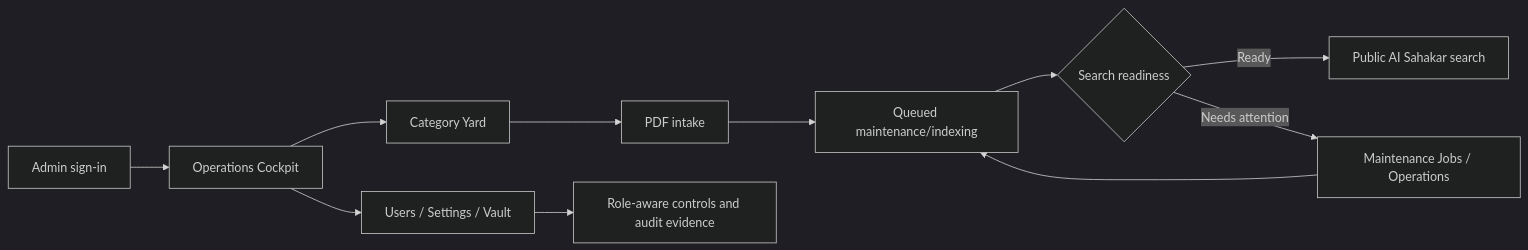
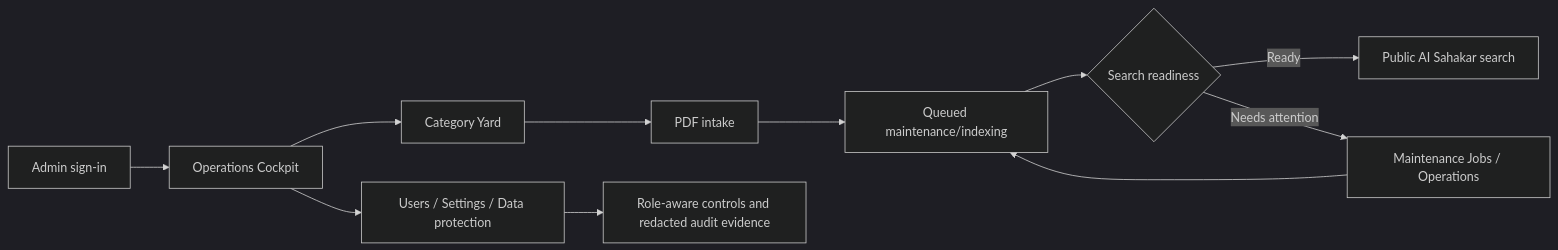
Before and after one commit to Nimble-esolutions/PdfSearch: the diagram in docs/diagrams/admin-operator-workflow.mmd, drawn with Mermaid (dark theme). The commit also changed 51 other files, not shown here.

Commit message:
docs: reconcile DataOps and VaultOps architecture truth

```diff
--- a/docs/diagrams/admin-operator-workflow.mmd
+++ b/docs/diagrams/admin-operator-workflow.mmd
@@ -1,11 +1,11 @@
 flowchart LR
     A[Admin sign-in] --> B[Operations Cockpit]
     B --> C[Category Yard]
     C --> D[PDF intake]
     D --> E[Queued maintenance/indexing]
     E --> F{Search readiness}
     F -->|Ready| G[Public AI Sahakar search]
     F -->|Needs attention| H[Maintenance Jobs / Operations]
     H --> E
-    B --> I[Users / Settings / Vault]
-    I --> J[Role-aware controls and audit evidence]
+    B --> I[Users / Settings / Data protection]
+    I --> J[Role-aware controls and redacted audit evidence]
```
